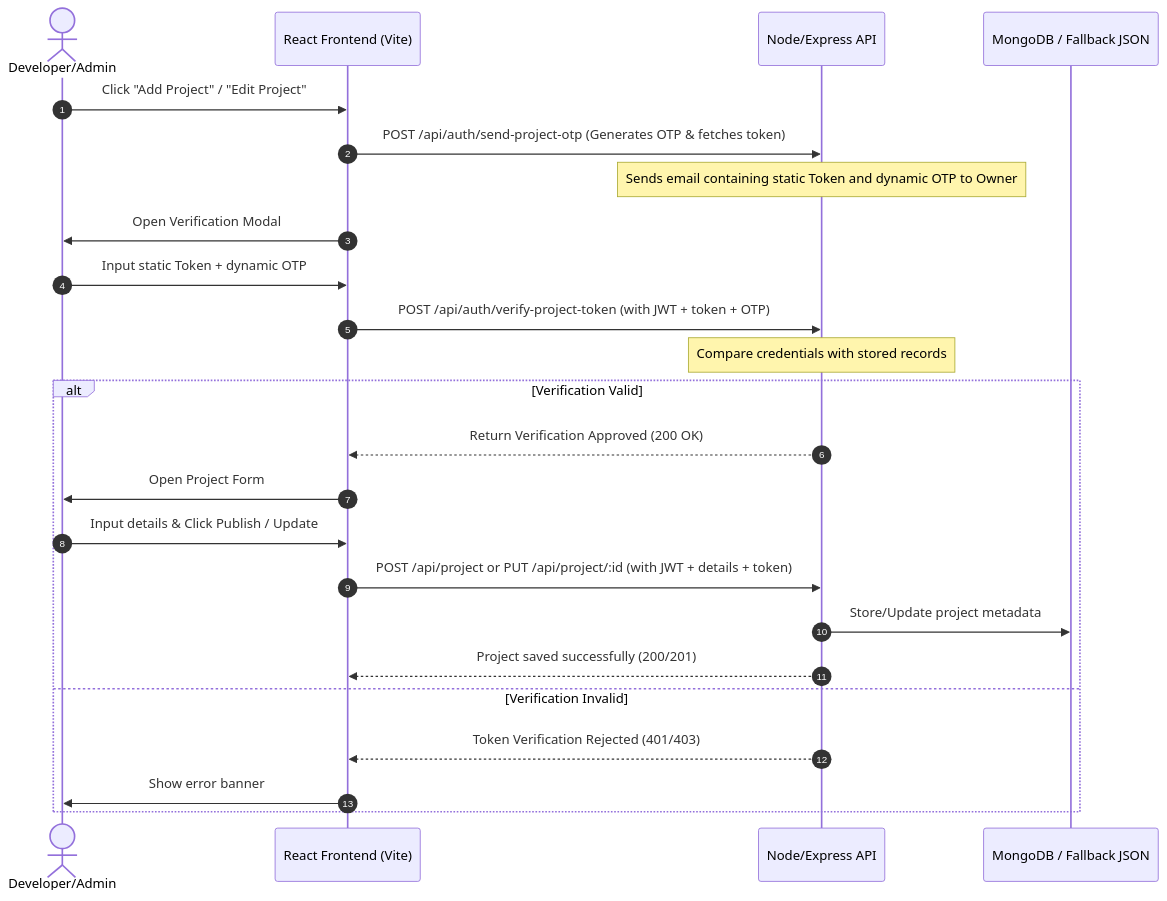
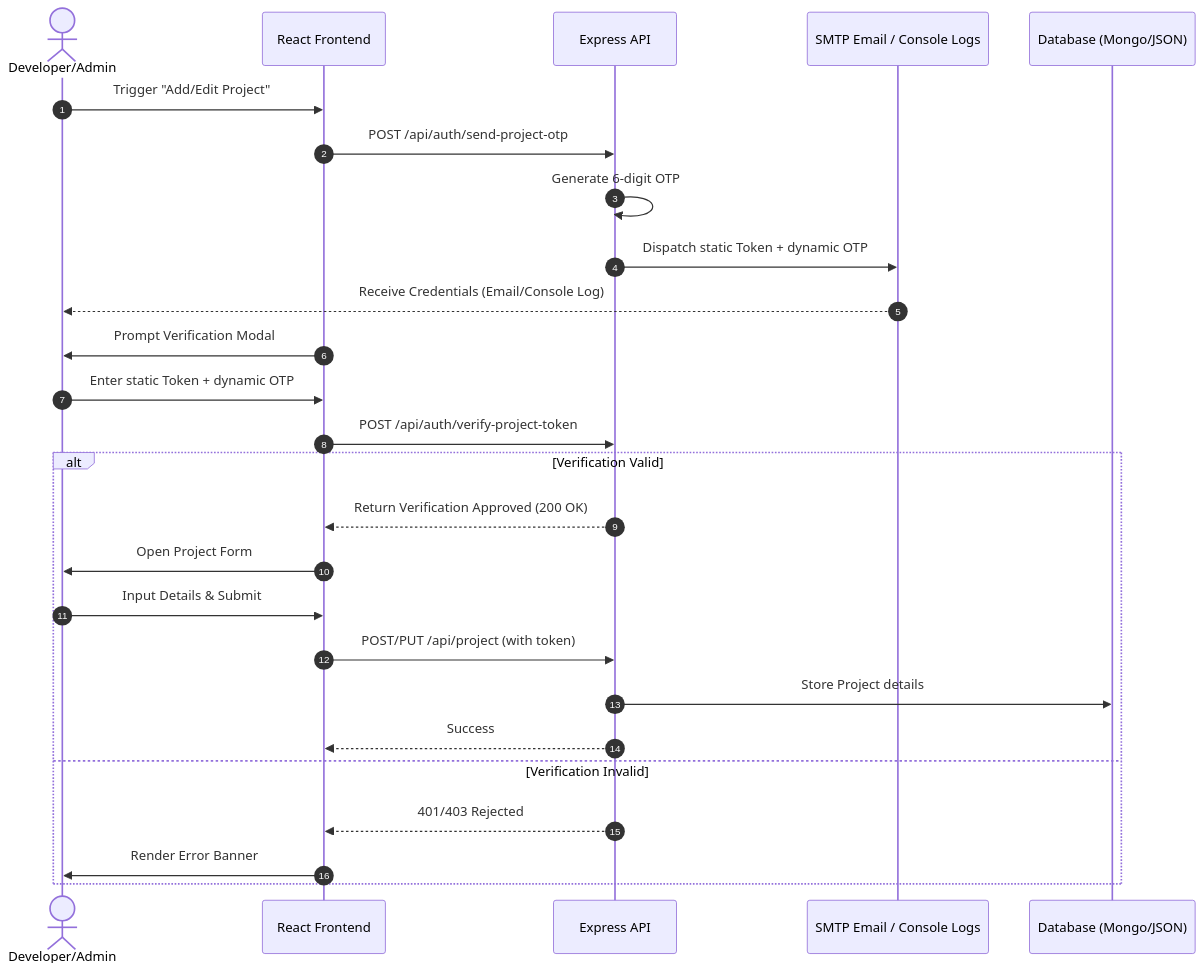
Before and after one commit to arajnish24/Portfolio: the second of 2 diagrams in README.md, drawn with Mermaid. The commit also changed other lines of this file and 2 other files, not shown here.

````diff
--- a/README.md
+++ b/README.md
@@ -47,27 +42,29 @@
 ```mermaid
 sequenceDiagram
     autonumber
     actor Owner as Developer/Admin
-    participant FE as React Frontend (Vite)
-    participant BE as Node/Express API
-    participant DB as MongoDB / Fallback JSON
+    participant FE as React Frontend
+    participant BE as Express API
+    participant Mail as SMTP Email / Console Logs
+    participant DB as Database (Mongo/JSON)
 
-    Owner->>FE: Click "Add Project" / "Edit Project"
-    FE->>BE: POST /api/auth/send-project-otp (Generates OTP & fetches token)
-    Note over BE: Sends email containing static Token and dynamic OTP to Owner
-    FE->>Owner: Open Verification Modal
-    Owner->>FE: Input static Token + dynamic OTP
-    FE->>BE: POST /api/auth/verify-project-token (with JWT + token + OTP)
-    Note over BE: Compare credentials with stored records
+    Owner->>FE: Trigger "Add/Edit Project"
+    FE->>BE: POST /api/auth/send-project-otp
+    BE->>BE: Generate 6-digit OTP
+    BE->>Mail: Dispatch static Token + dynamic OTP
+    Mail-->>Owner: Receive Credentials (Email/Console Log)
+    FE->>Owner: Prompt Verification Modal
+    Owner->>FE: Enter static Token + dynamic OTP
+    FE->>BE: POST /api/auth/verify-project-token
     alt Verification Valid
         BE-->>FE: Return Verification Approved (200 OK)
         FE->>Owner: Open Project Form
-        Owner->>FE: Input details & Click Publish / Update
-        FE->>BE: POST /api/project or PUT /api/project/:id (with JWT + details + token)
-        BE->>DB: Store/Update project metadata
-        BE-->>FE: Project saved successfully (200/201)
+        Owner->>FE: Input Details & Submit
+        FE->>BE: POST/PUT /api/project (with token)
+        BE->>DB: Store Project details
+        BE-->>FE: Success
     else Verification Invalid
-        BE-->>FE: Token Verification Rejected (401/403)
-        FE->>Owner: Show error banner
+        BE-->>FE: 401/403 Rejected
+        FE->>Owner: Render Error Banner
     end
 ```
````
